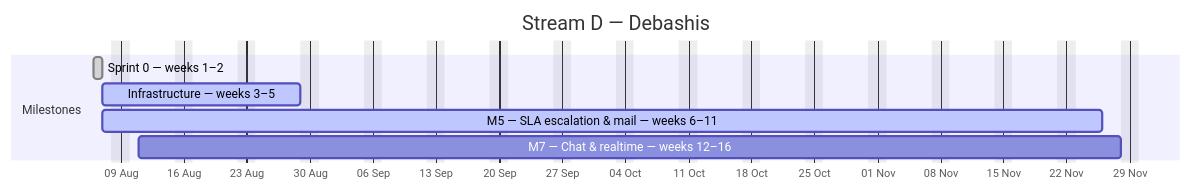
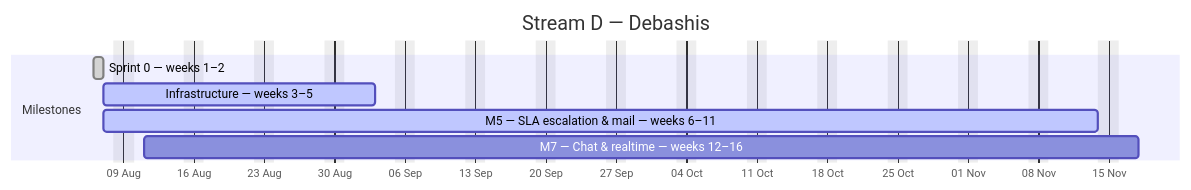
One commit to debashisedunext/EduTrack changed the fourth of 4 diagrams in docs/plan/GANTT.md. Above: the diagram before and after it, drawn with Mermaid. The commit also changed other lines of this file and 3 other files, not shown here.

````diff
--- a/docs/plan/GANTT.md
+++ b/docs/plan/GANTT.md
@@ -170,12 +173,12 @@
 ```mermaid
 gantt
     dateFormat YYYY-MM-DD
     axisFormat %d %b
     title Stream D — Debashis
     excludes weekends
     section Milestones
     Sprint 0 — weeks 1–2 :done, d0, 2026-08-06, 1d
-    Infrastructure — weeks 3–5 :active, d1, 2026-08-07, 16d
-    M5 — SLA  escalation & mail — weeks 6–11 :active, d2, 2026-08-07, 79d
-    M7 — Chat & realtime — weeks 12–16 :d3, 2026-08-11, 79d
+    Infrastructure — weeks 3–5 :active, d1, 2026-08-07, 19d
+    M5 — SLA  escalation & mail — weeks 6–11 :active, d2, 2026-08-07, 71d
+    M7 — Chat & realtime — weeks 12–16 :d3, 2026-08-11, 71d
 ```
````
